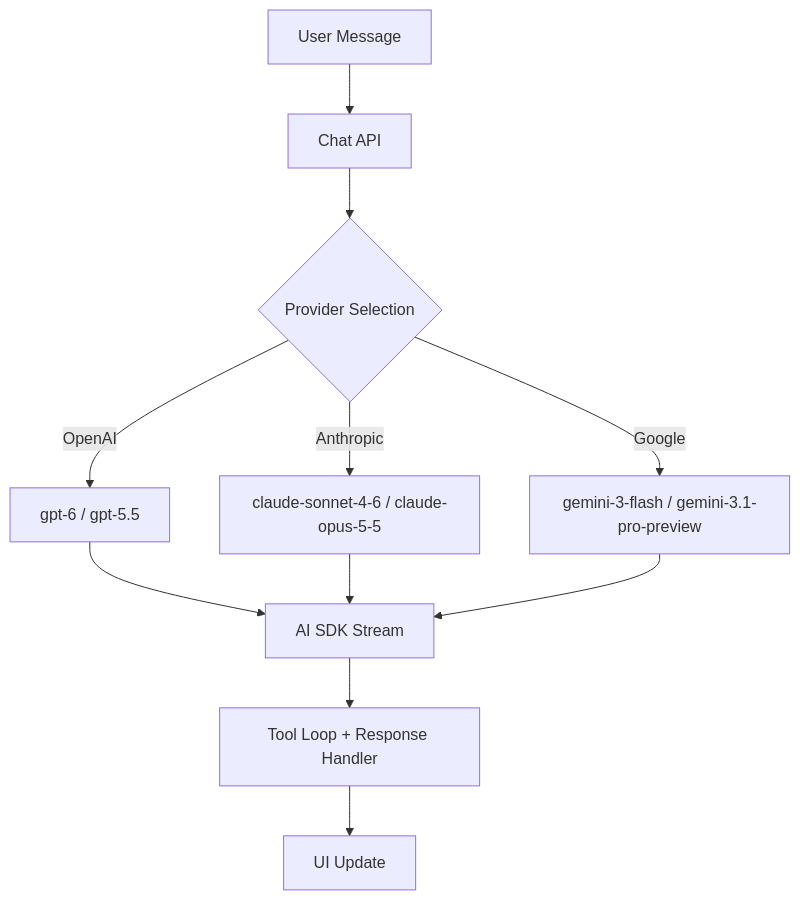
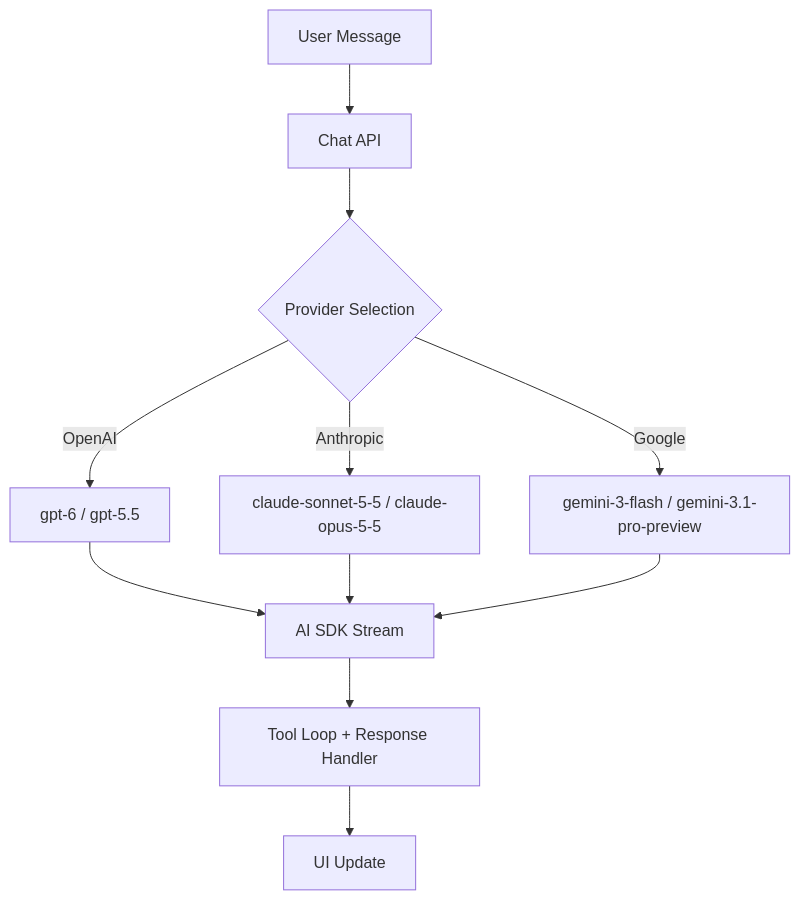
One commit to ryokun6/ryos changed the first of 3 diagrams in docs/4-ai-system.md. Above: the diagram before and after it, drawn with Mermaid. The commit also changed other lines of this file and 10 other files, not shown here.

Commit message:
Switch the ryo-only Sonnet option to claude-sonnet-5-5. (#2036)

````diff
--- a/docs/4-ai-system.md
+++ b/docs/4-ai-system.md
@@ -19,13 +19,13 @@
 ```mermaid
 graph TD
     A[User Message] --> B[Chat API]
     B --> C{Provider Selection}
     C -->|OpenAI| D[gpt-6 / gpt-5.5]
-    C -->|Anthropic| E[claude-sonnet-4-6 / claude-opus-5-5]
+    C -->|Anthropic| E[claude-sonnet-5-5 / claude-opus-5-5]
     C -->|Google| F[gemini-3-flash / gemini-3.1-pro-preview]
     D --> G[AI SDK Stream]
     E --> G
     F --> G
     G --> H[Tool Loop + Response Handler]
     H --> I[UI Update]
 ```
````
